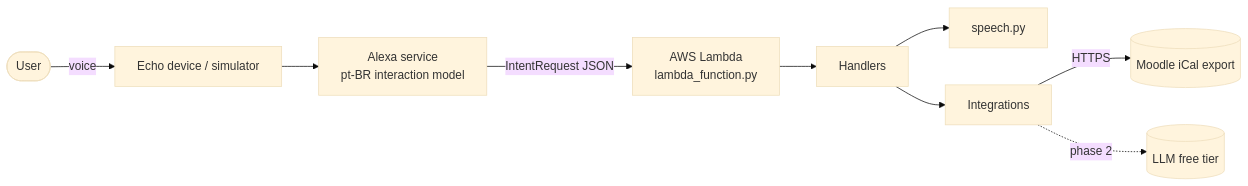
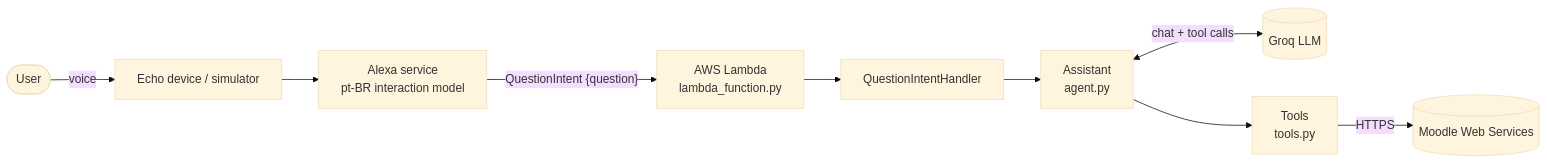
The diagram in docs/architecture.md (gera2727/alexa-ai-assistant), drawn with Mermaid (base theme) before and after one commit. The commit also changed other lines of this file and 10 other files, not shown here.

Commit message:
docs: architecture, ADR 0004 and setup for v0.2

````diff
--- a/docs/architecture.md
+++ b/docs/architecture.md
@@ -5,11 +5,11 @@
 ```mermaid
 flowchart LR
     U([User]) -- voice --> E[Echo device / simulator]
     E --> A[Alexa service<br/>pt-BR interaction model]
-    A -- IntentRequest JSON --> L[AWS Lambda<br/>lambda_function.py]
-    L --> H[Handlers]
-    H --> S[speech.py]
-    H --> I[Integrations]
-    I -- HTTPS --> M[(Moodle iCal export)]
-    I -. phase 2 .-> LLM[(LLM free tier)]
+    A -- "QuestionIntent {question}" --> L[AWS Lambda<br/>lambda_function.py]
+    L --> H[QuestionIntentHandler]
+    H --> AG[Assistant<br/>agent.py]
+    AG <-- "chat + tool calls" --> LLM[(Groq LLM)]
+    AG --> T[Tools<br/>tools.py]
+    T -- HTTPS --> WS[(Moodle Web Services)]
 ```
````
